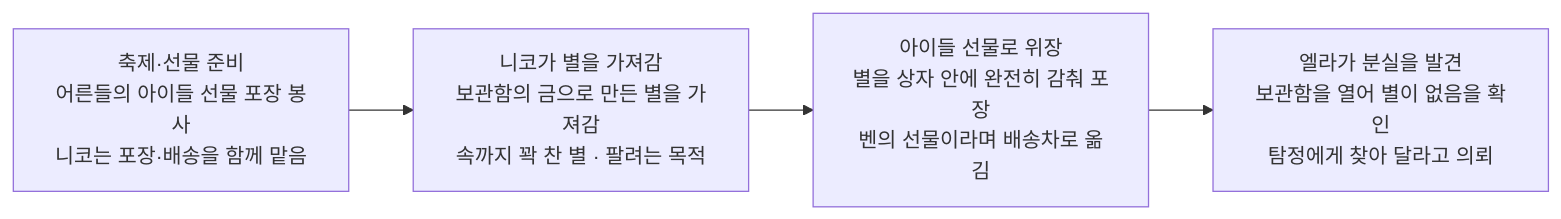
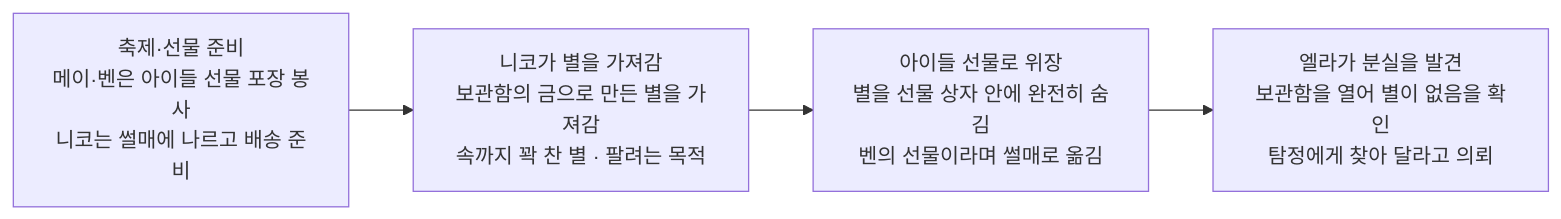
One commit to wonny95/detective-v2 changed the first of 2 diagrams in design/case-10-christmas-star.md. Above: the diagram before and after it, drawn with Mermaid. The commit also changed other lines of this file and 6 other files, not shown here.

````diff
--- a/design/case-10-christmas-star.md
+++ b/design/case-10-christmas-star.md
@@ -36,10 +36,10 @@
 ```mermaid
 flowchart LR
-    t1["축제·선물 준비<br/>어른들의 아이들 선물 포장 봉사<br/>니코는 포장·배송을 함께 맡음"]
+    t1["축제·선물 준비<br/>메이·벤은 아이들 선물 포장 봉사<br/>니코는 썰매에 나르고 배송 준비"]
     t2["니코가 별을 가져감<br/>보관함의 금으로 만든 별을 가져감<br/>속까지 꽉 찬 별 · 팔려는 목적"]
-    t3["아이들 선물로 위장<br/>별을 상자 안에 완전히 감춰 포장<br/>벤의 선물이라며 배송차로 옮김"]
+    t3["아이들 선물로 위장<br/>별을 선물 상자 안에 완전히 숨김<br/>벤의 선물이라며 썰매로 옮김"]
     t4["엘라가 분실을 발견<br/>보관함을 열어 별이 없음을 확인<br/>탐정에게 찾아 달라고 의뢰"]
     t1 --> t2
     t2 --> t3
     t3 --> t4
 ```
````
